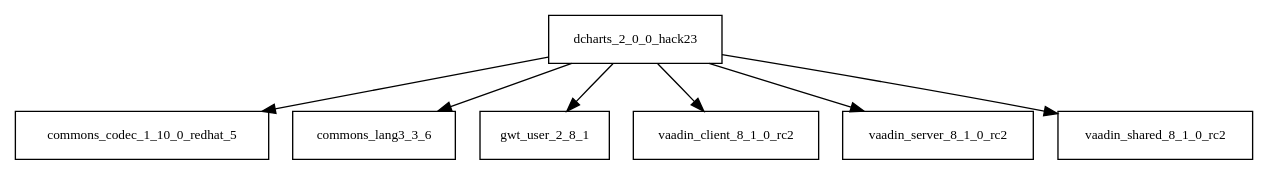
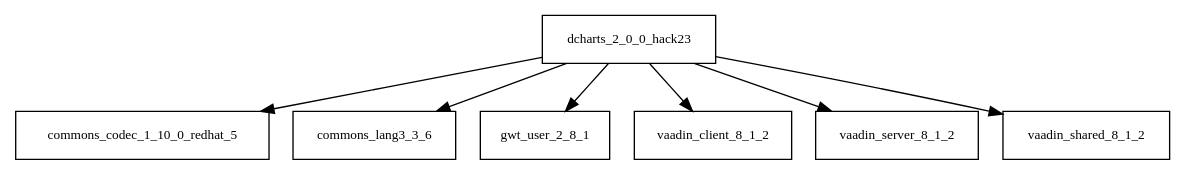
Before and after one commit to AglaianWoman/cia: the diagram in tattleTaleReport/graphviz/dcharts-2.0.0.hack23.jar/dcharts-2.0.0.hack23.jar.dot, drawn with Graphviz. The commit also changed 2149 other files, not shown here.

```diff
--- a/tattleTaleReport/graphviz/dcharts-2.0.0.hack23.jar/dcharts-2.0.0.hack23.jar.dot
+++ b/tattleTaleReport/graphviz/dcharts-2.0.0.hack23.jar/dcharts-2.0.0.hack23.jar.dot
@@ -1,9 +1,9 @@
 digraph dcharts_2_0_0_hack23_dependencies {
   node [shape = box, fontsize=10.0];
   dcharts_2_0_0_hack23 -> commons_codec_1_10_0_redhat_5;
   dcharts_2_0_0_hack23 -> commons_lang3_3_6;
   dcharts_2_0_0_hack23 -> gwt_user_2_8_1;
-  dcharts_2_0_0_hack23 -> vaadin_client_8_1_0_rc2;
-  dcharts_2_0_0_hack23 -> vaadin_server_8_1_0_rc2;
-  dcharts_2_0_0_hack23 -> vaadin_shared_8_1_0_rc2;
+  dcharts_2_0_0_hack23 -> vaadin_client_8_1_2;
+  dcharts_2_0_0_hack23 -> vaadin_server_8_1_2;
+  dcharts_2_0_0_hack23 -> vaadin_shared_8_1_2;
 }
```
